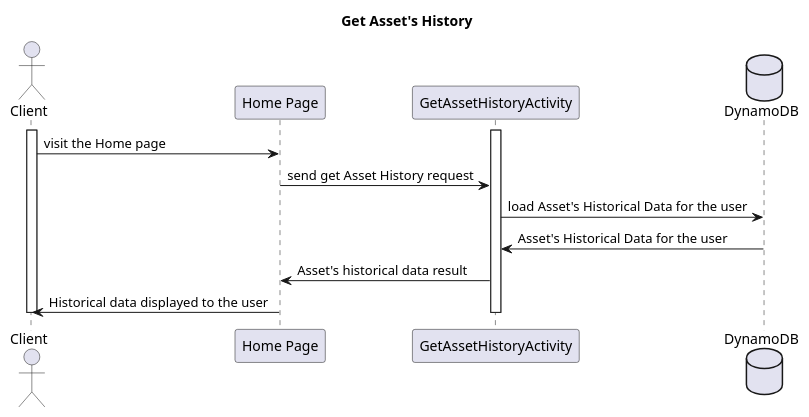
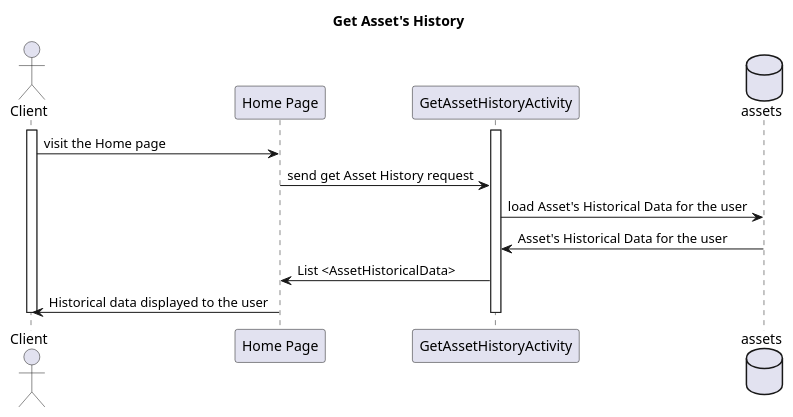
Before and after one commit to BloomTechBackend/bd-team-project-crypto-wizards: the diagram in resources/GetAssetHistory_SD.puml, drawn with PlantUML. The commit also changed 22 other files, not shown here.

Commit message:
Updated the sequence Diagrams with suggestions from Shannon

```diff
--- a/resources/GetAssetHistory_SD.puml
+++ b/resources/GetAssetHistory_SD.puml
@@ -1,18 +1,18 @@
 @startuml
 title Get Asset's History
 actor Client
 
 participant "Home Page" as HomePage
 activate Client
 activate GetAssetHistoryActivity
-database DynamoDB
+database assets
 
 Client -> HomePage : visit the Home page
 HomePage -> GetAssetHistoryActivity :  send get Asset History request
-GetAssetHistoryActivity -> DynamoDB : load Asset's Historical Data for the user
-DynamoDB -> GetAssetHistoryActivity : Asset's Historical Data for the user
-GetAssetHistoryActivity -> HomePage : Asset's historical data result
+GetAssetHistoryActivity -> assets : load Asset's Historical Data for the user
+assets -> GetAssetHistoryActivity : Asset's Historical Data for the user
+GetAssetHistoryActivity -> HomePage : List <AssetHistoricalData>
 HomePage -> Client : Historical data displayed to the user
 deactivate Client
 deactivate GetAssetHistoryActivity
 @enduml
```
